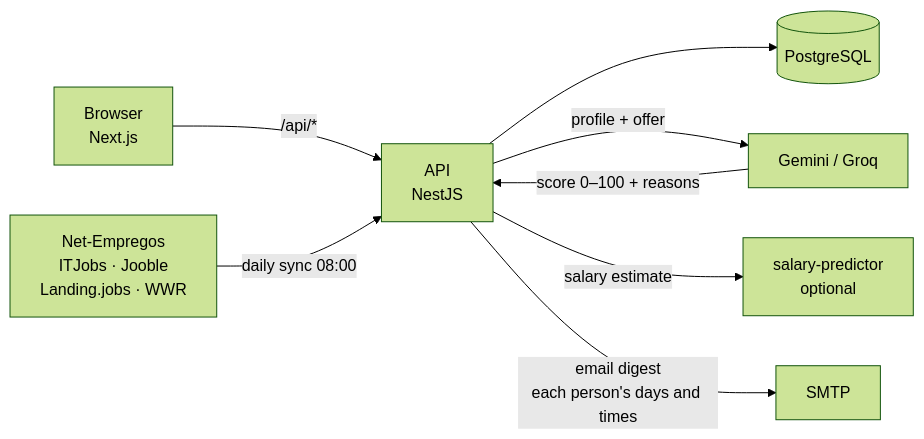
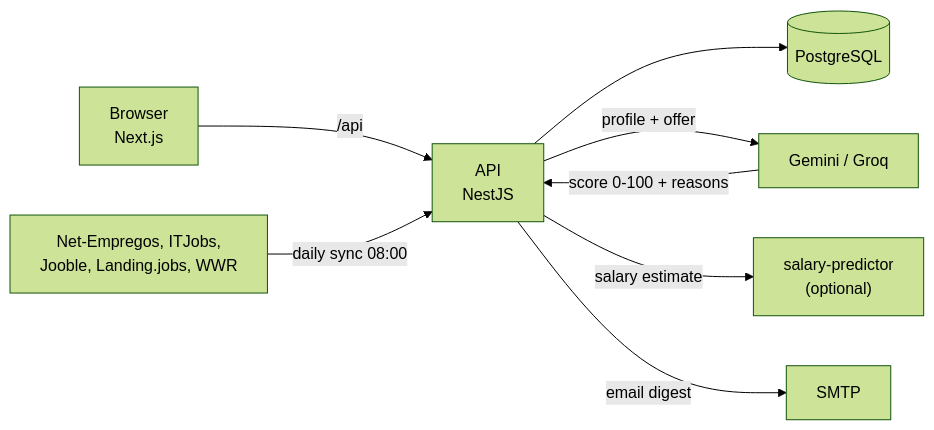
One commit to PedroPinho17/Radar changed the diagram in README.en.md. Above: the diagram before and after it, drawn with Mermaid (forest theme). The commit also changed 1 other file, not shown here.

Commit message:
Corrige o diagrama de arquitetura (Mermaid) no README

````diff
--- a/README.en.md
+++ b/README.en.md
@@ -62,10 +62,10 @@
 ```mermaid
 flowchart LR
-    U[Browser<br/>Next.js] -- /api/* --> A[API<br/>NestJS]
-    A --> P[(PostgreSQL)]
-    S1[Net-Empregos<br/>ITJobs · Jooble<br/>Landing.jobs · WWR] -- daily sync 08:00 --> A
-    A -- profile + offer --> G[Gemini / Groq]
-    G -- score 0–100 + reasons --> A
-    A -- salary estimate --> SP[salary-predictor<br/>optional]
-    A -- email digest<br/>each person's days and times --> E[SMTP]
+    U["Browser<br/>Next.js"] -->|"/api"| A["API<br/>NestJS"]
+    A --> P[("PostgreSQL")]
+    S1["Net-Empregos, ITJobs,<br/>Jooble, Landing.jobs, WWR"] -->|"daily sync 08:00"| A
+    A -->|"profile + offer"| G["Gemini / Groq"]
+    G -->|"score 0-100 + reasons"| A
+    A -->|"salary estimate"| SP["salary-predictor<br/>(optional)"]
+    A -->|"email digest"| E["SMTP"]
 ```
````
